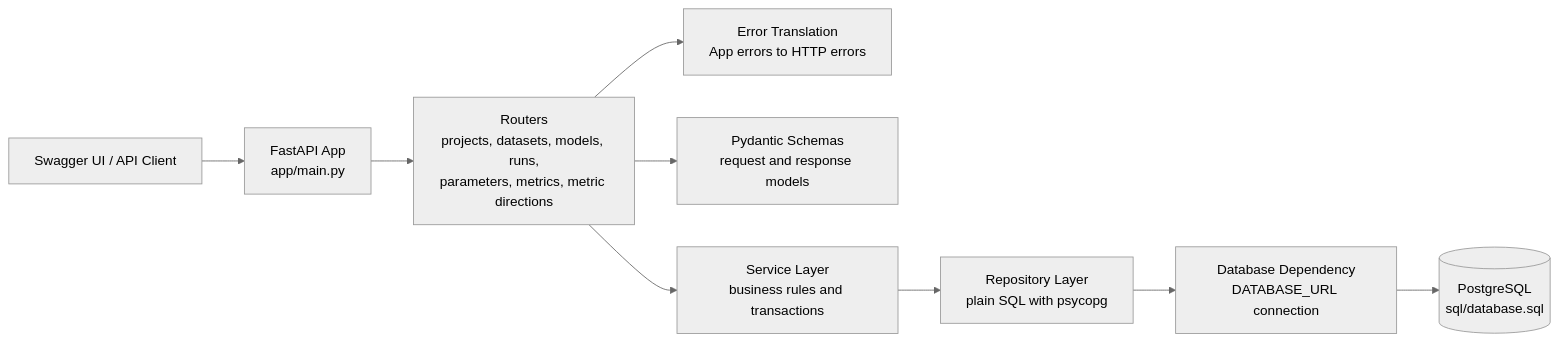
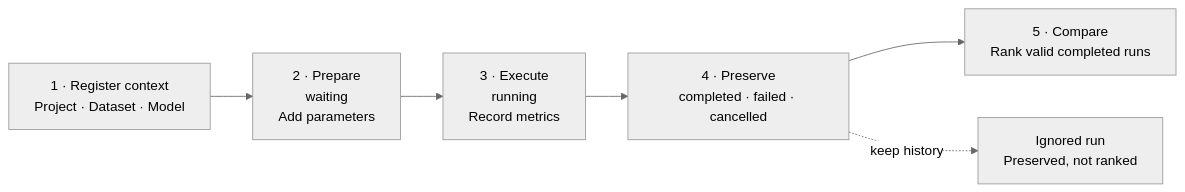
One commit to S0ME2/SentineML changed the second of 9 diagrams in README.md. Above: the diagram before and after it, drawn with Mermaid (neutral theme). The commit also changed other lines of this file and 150 other files, not shown here.

Commit message:
feat(core): complete clean architecture migration and add Redis caching

````diff
--- a/README.md
+++ b/README.md
@@ -51,21 +91,12 @@
 ```mermaid
 flowchart LR
-    client["Swagger UI / API Client"]
-    app["FastAPI App<br/>app/main.py"]
-    routers["Routers<br/>projects, datasets, models, runs,<br/>parameters, metrics, metric directions"]
-    handlers["Error Translation<br/>App errors to HTTP errors"]
-    schemas["Pydantic Schemas<br/>request and response models"]
-    services["Service Layer<br/>business rules and transactions"]
-    repos["Repository Layer<br/>plain SQL with psycopg"]
-    dbconn["Database Dependency<br/>DATABASE_URL connection"]
-    postgres[("PostgreSQL<br/>sql/database.sql")]
+    A["1 · Register context<br/>Project · Dataset · Model"]
+    B["2 · Prepare<br/>waiting<br/>Add parameters"]
+    C["3 · Execute<br/>running<br/>Record metrics"]
+    D["4 · Preserve<br/>completed · failed · cancelled"]
+    E["5 · Compare<br/>Rank valid completed runs"]
+    I["Ignored run<br/>Preserved, not ranked"]
 
-    client --> app
-    app --> routers
-    routers --> handlers
-    routers --> schemas
-    routers --> services
-    services --> repos
-    repos --> dbconn
-    dbconn --> postgres
+    A --> B --> C --> D --> E
+    D -. keep history .-> I
 ```
````
